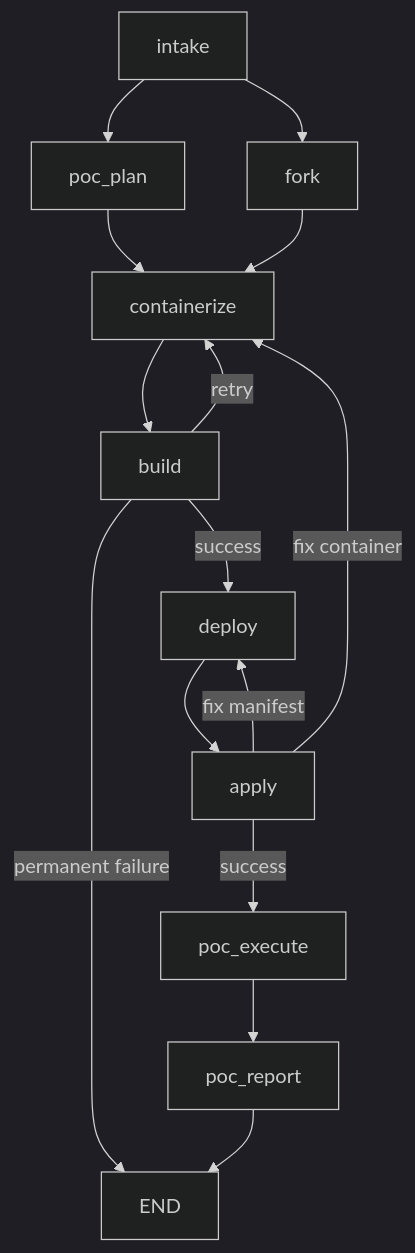
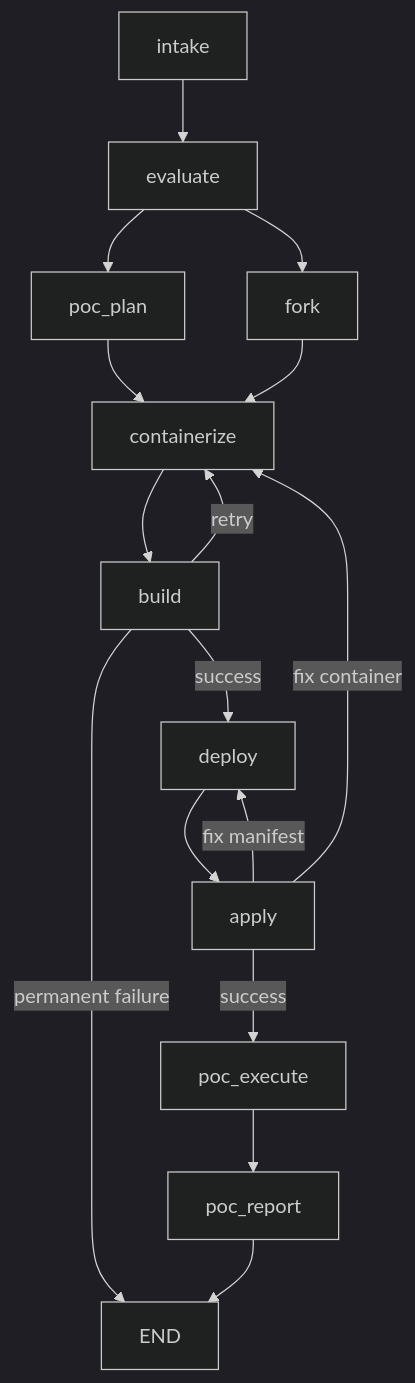
One commit to aicatalyst-team/autopoc changed the diagram in README.md. Above: the diagram before and after it, drawn with Mermaid (dark theme). The commit also changed other lines of this file, not shown here.

First line of the commit message:
docs: update README with evaluate agent, OGX LLM proxy, and LLM_BASE_URL

````diff
--- a/README.md
+++ b/README.md
@@ -162,17 +168,18 @@
 ```mermaid
 graph TD;
-    intake --> poc_plan;
-    intake --> fork;
+    intake --> evaluate;
+    evaluate --> poc_plan;
+    evaluate --> fork;
     poc_plan --> containerize;
     fork --> containerize;
     containerize --> build;
     build -->|success| deploy;
     build -->|retry| containerize;
     build -->|permanent failure| END;
     deploy --> apply;
     apply -->|success| poc_execute;
     apply -->|fix manifest| deploy;
     apply -->|fix container| containerize;
     poc_execute --> poc_report;
     poc_report --> END;
 ```
````
